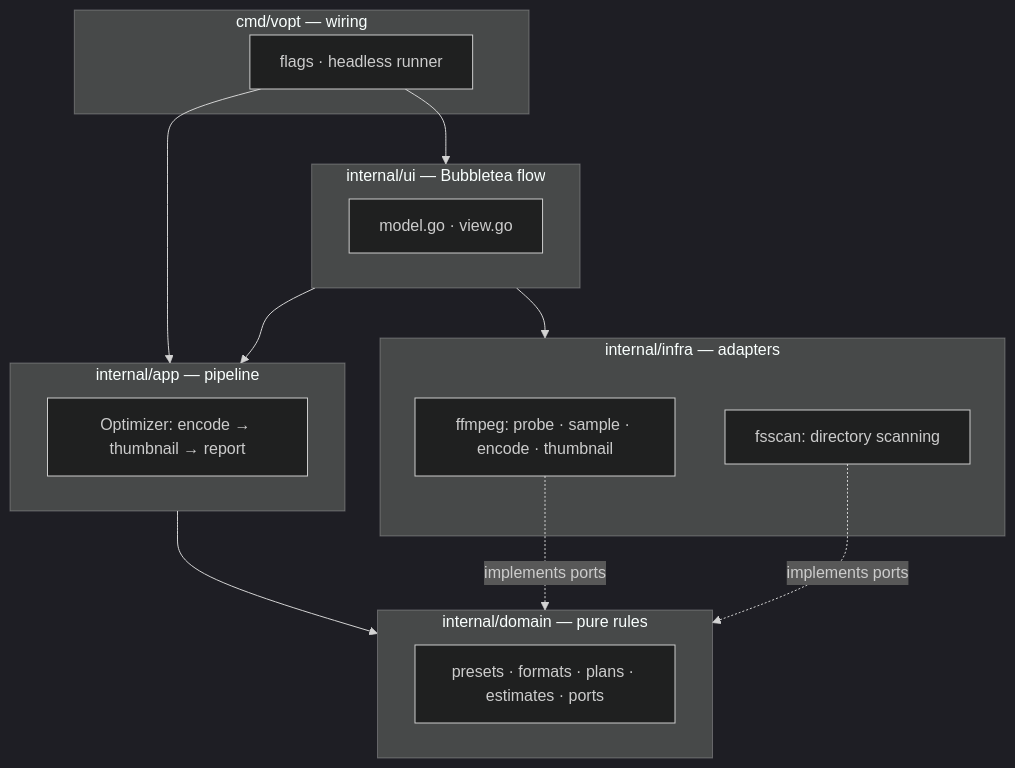
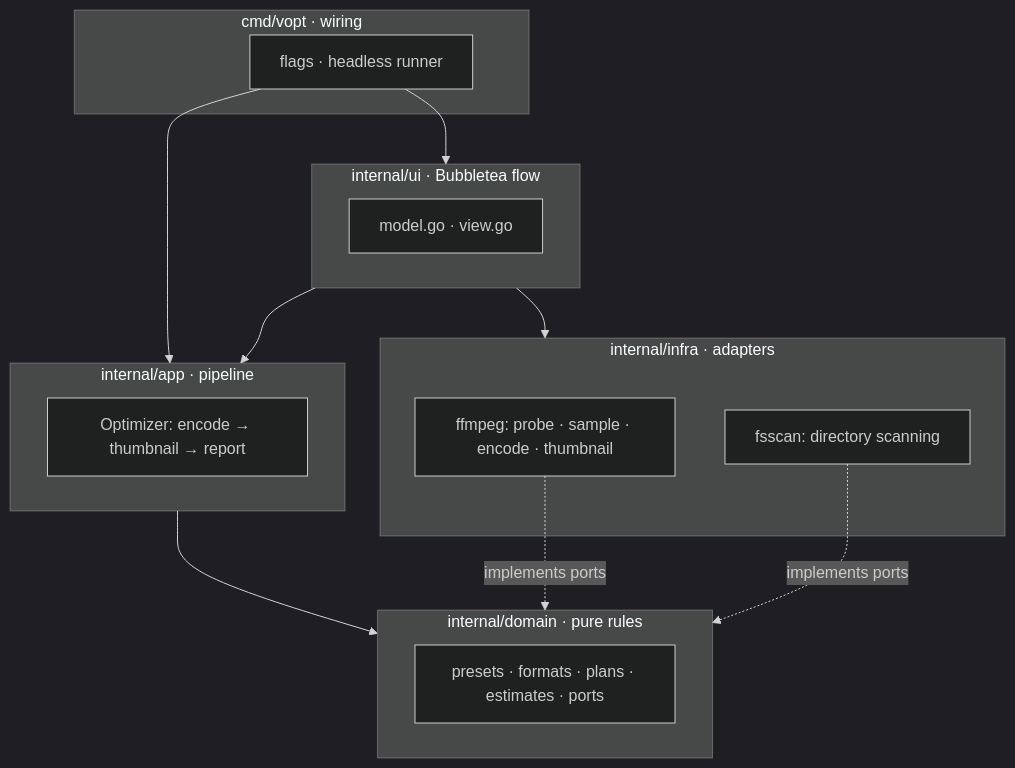
The first of 2 diagrams in docs/architecture.md (melvicsosa/video-optimizer), drawn with Mermaid (dark theme) before and after one commit. The commit also changed other lines of this file and 5 other files, not shown here.

````diff
--- a/docs/architecture.md
+++ b/docs/architecture.md
@@ -10,25 +10,25 @@
 ```mermaid
 flowchart TB
-    subgraph cmd["cmd/vopt — wiring"]
+    subgraph cmd["cmd/vopt · wiring"]
         main["flags · headless runner"]
     end
-    subgraph ui["internal/ui — Bubbletea flow"]
+    subgraph ui["internal/ui · Bubbletea flow"]
         model["model.go · view.go"]
     end
-    subgraph app["internal/app — pipeline"]
+    subgraph app["internal/app · pipeline"]
         optimizer["Optimizer: encode → thumbnail → report"]
     end
-    subgraph infra["internal/infra — adapters"]
+    subgraph infra["internal/infra · adapters"]
         ffmpeg["ffmpeg: probe · sample · encode · thumbnail"]
         fsscan["fsscan: directory scanning"]
     end
-    subgraph domain["internal/domain — pure rules"]
+    subgraph domain["internal/domain · pure rules"]
         rules["presets · formats · plans · estimates · ports"]
     end
     main --> ui & app
     ui --> app
     app --> domain
     ffmpeg -. implements ports .-> domain
     fsscan -. implements ports .-> domain
     ui --> infra
 ```
````
